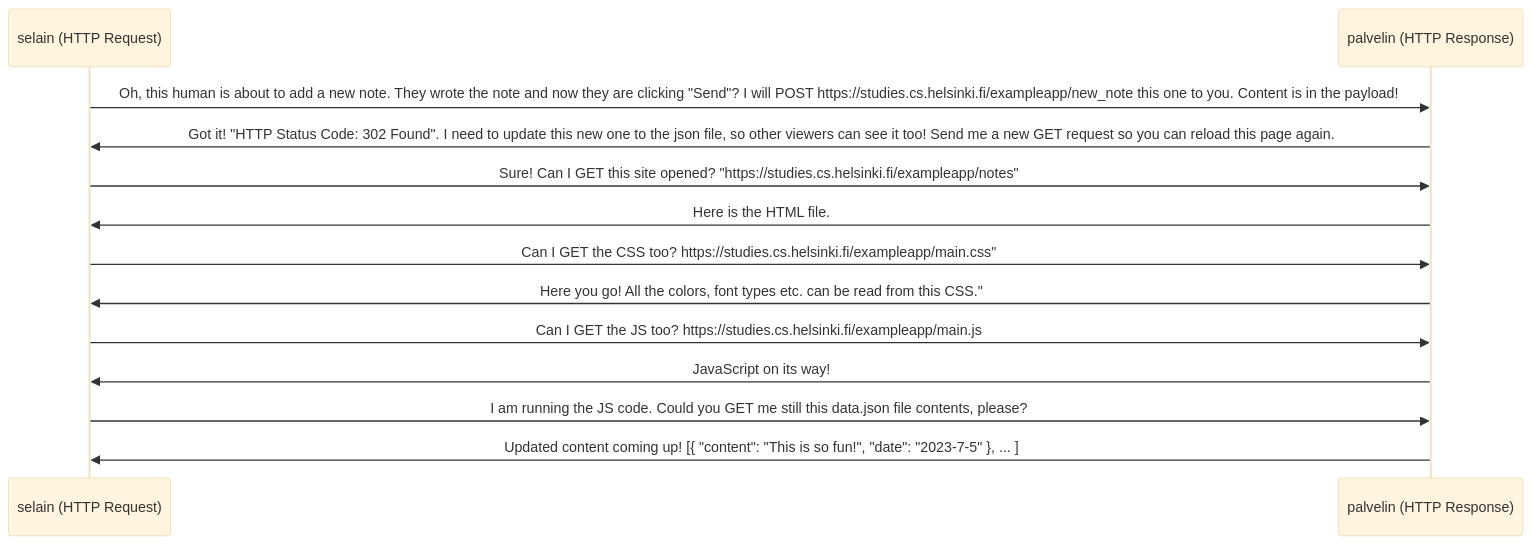
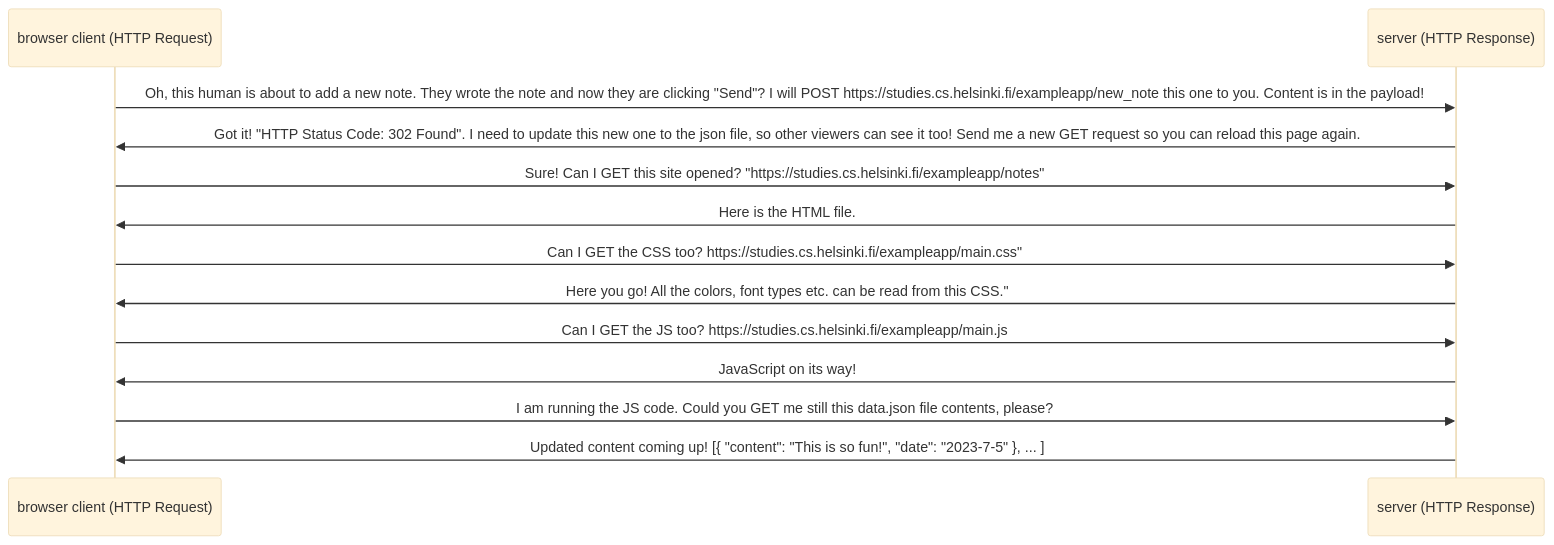
The diagram in osa0/kaavio.md (ellallaa/palautusrepo2023), drawn with Mermaid (base theme) before and after one commit.

Commit message:
syntaksi ok, nyt sisällöt - POST + GET 03

````diff
--- a/osa0/kaavio.md
+++ b/osa0/kaavio.md
@@ -2,18 +2,18 @@
 ```mermaid
   sequenceDiagram
-  participant s as selain (HTTP Request)
-  participant p as palvelin (HTTP Response)  
+  participant bc as browser client (HTTP Request)
+  participant s as server (HTTP Response)  
 
-  s->>p: Oh, this human is about to add a new note. They wrote the note and now they are clicking "Send"? I will POST https://studies.cs.helsinki.fi/exampleapp/new_note this one to you. Content is in the payload!
-  p->>s: Got it! "HTTP Status Code: 302 Found". I need to update this new one to the json file, so other viewers can see it too! Send me a new GET request so you can reload this page again.
-  s->>p: Sure! Can I GET this site opened? "https://studies.cs.helsinki.fi/exampleapp/notes"
-  p->>s: Here is the HTML file.
-  s->>p: Can I GET the CSS too? https://studies.cs.helsinki.fi/exampleapp/main.css"
-  p->>s: Here you go! All the colors, font types etc. can be read from this CSS."
-  s->>p: Can I GET the JS too? https://studies.cs.helsinki.fi/exampleapp/main.js
-  p->>s: JavaScript on its way!
-  s->>p: I am running the JS code. Could you GET me still this data.json file contents, please?
-  p->>s: Updated content coming up! [{ "content": "This is so fun!", "date": "2023-7-5" }, ... ]  
+  bc->>s: Oh, this human is about to add a new note. They wrote the note and now they are clicking "Send"? I will POST https://studies.cs.helsinki.fi/exampleapp/new_note this one to you. Content is in the payload!
+  s->>bc: Got it! "HTTP Status Code: 302 Found". I need to update this new one to the json file, so other viewers can see it too! Send me a new GET request so you can reload this page again.
+  bc->>s: Sure! Can I GET this site opened? "https://studies.cs.helsinki.fi/exampleapp/notes"
+  s->>bc: Here is the HTML file.
+  bc->>s: Can I GET the CSS too? https://studies.cs.helsinki.fi/exampleapp/main.css"
+  s->>bc: Here you go! All the colors, font types etc. can be read from this CSS."
+  bc->>s: Can I GET the JS too? https://studies.cs.helsinki.fi/exampleapp/main.js
+  s->>bc: JavaScript on its way!
+  bc->>s: I am running the JS code. Could you GET me still this data.json file contents, please?
+  s->>bc: Updated content coming up! [{ "content": "This is so fun!", "date": "2023-7-5" }, ... ]  
 
 
 ```
````
